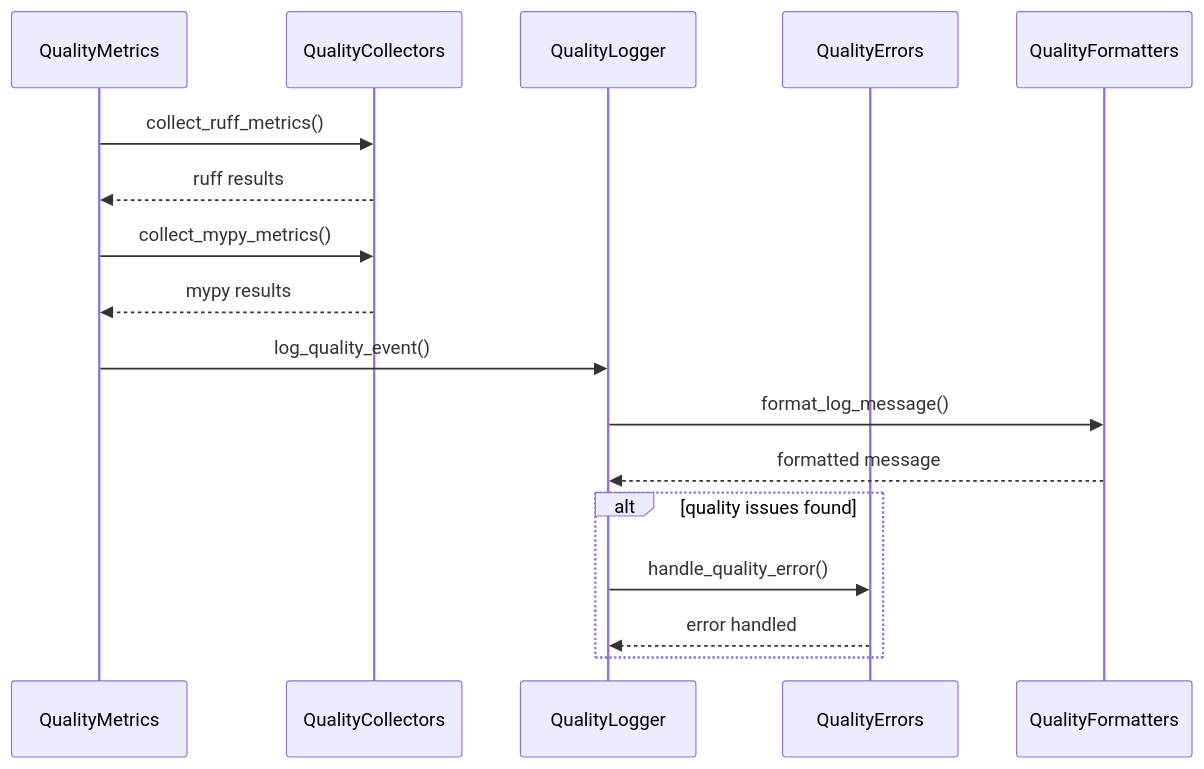
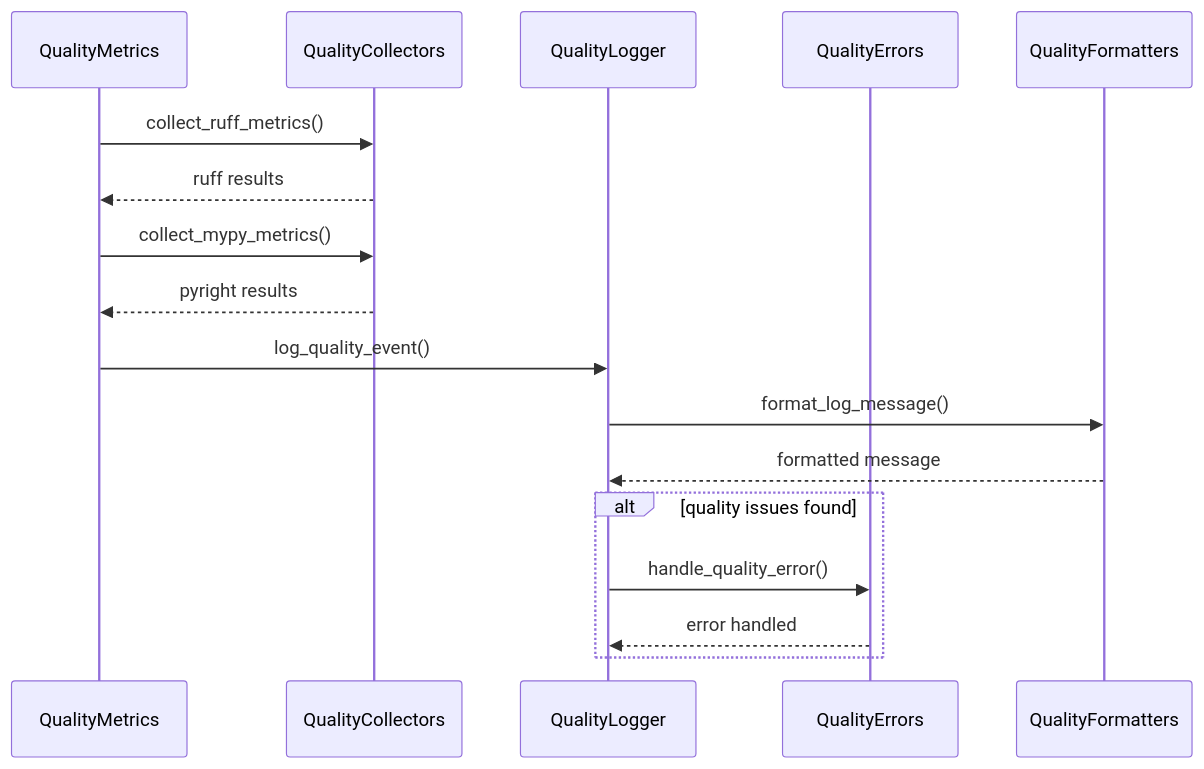
Before and after one commit to scottlz0310/Setup-Repository: the fourth of 4 diagrams in docs/architecture.md, drawn with Mermaid. The commit also changed other lines of this file and 63 other files, not shown here.

````diff
--- a/docs/architecture.md
+++ b/docs/architecture.md
@@ -426,20 +426,20 @@
 ```mermaid
 sequenceDiagram
     participant QualityMetrics
     participant QualityCollectors
     participant QualityLogger
     participant QualityErrors
     participant QualityFormatters
 
     QualityMetrics->>QualityCollectors: collect_ruff_metrics()
     QualityCollectors-->>QualityMetrics: ruff results
     QualityMetrics->>QualityCollectors: collect_mypy_metrics()
-    QualityCollectors-->>QualityMetrics: mypy results
+    QualityCollectors-->>QualityMetrics: pyright results
     QualityMetrics->>QualityLogger: log_quality_event()
     QualityLogger->>QualityFormatters: format_log_message()
     QualityFormatters-->>QualityLogger: formatted message
     alt quality issues found
         QualityLogger->>QualityErrors: handle_quality_error()
         QualityErrors-->>QualityLogger: error handled
     end
 ```
````
